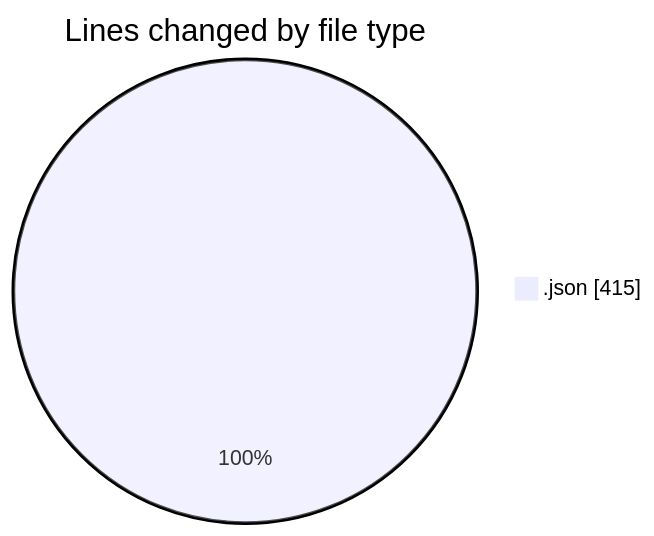
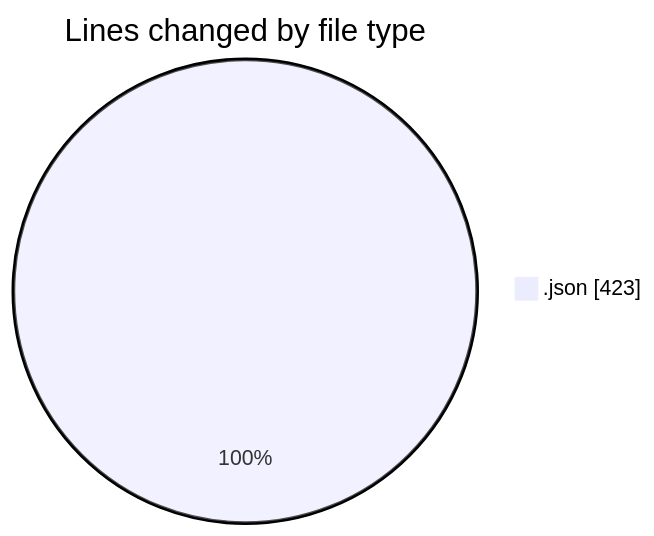
Before and after one commit to EIIisD/code-tracking: the first of 2 diagrams in 2025-08-03/macrowhisper/README.md, drawn with Mermaid. The commit also changed other lines of this file and 1 other file, not shown here.

````diff
--- a/2025-08-03/macrowhisper/README.md
+++ b/2025-08-03/macrowhisper/README.md
@@ -21,5 +21,5 @@
 ```mermaid
 pie showData
 title Lines changed by file type
-".json" : 415
+".json" : 423
 ```
````
